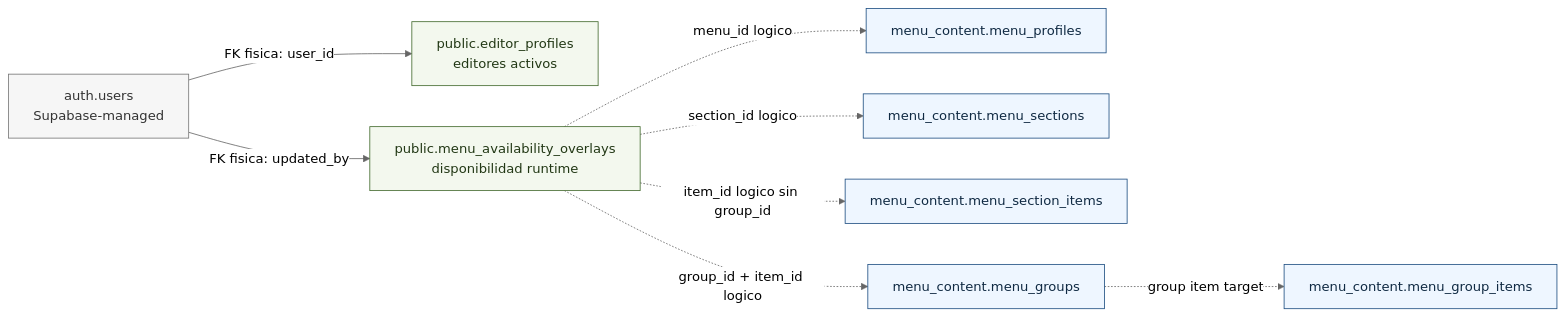
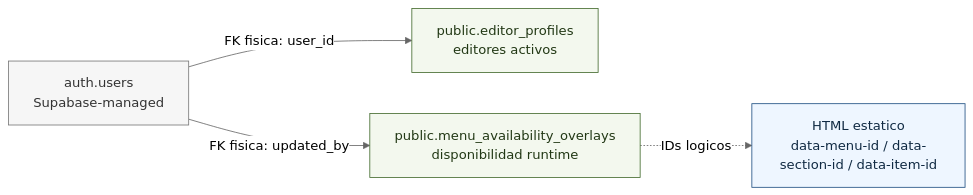
Before and after one commit to materamos/ElFaraonCatering: the third of 3 diagrams in docs/supabase/schema-diagram.md, drawn with Mermaid (neutral theme). The commit also changed other lines of this file and 13 other files, not shown here.

Commit message:
feat: flatten menu content model

````diff
--- a/docs/supabase/schema-diagram.md
+++ b/docs/supabase/schema-diagram.md
@@ -219,29 +155,20 @@
 ```mermaid
 flowchart LR
   AUTH_USERS["auth.users<br/>Supabase-managed"]
   EDITORS["public.editor_profiles<br/>editores activos"]
   OVERLAYS["public.menu_availability_overlays<br/>disponibilidad runtime"]
 
-  PROFILES["menu_content.menu_profiles"]
-  SECTIONS["menu_content.menu_sections"]
-  SECTION_ITEMS["menu_content.menu_section_items"]
-  GROUPS["menu_content.menu_groups"]
-  GROUP_ITEMS["menu_content.menu_group_items"]
+  STATIC["HTML estatico<br/>data-menu-id / data-section-id / data-item-id"]
 
   AUTH_USERS -->|"FK fisica: user_id"| EDITORS
   AUTH_USERS -->|"FK fisica: updated_by"| OVERLAYS
-
-  OVERLAYS -. "menu_id logico" .-> PROFILES
-  OVERLAYS -. "section_id logico" .-> SECTIONS
-  OVERLAYS -. "item_id logico sin group_id" .-> SECTION_ITEMS
-  OVERLAYS -. "group_id + item_id logico" .-> GROUPS
-  GROUPS -. "group item target" .-> GROUP_ITEMS
+  OVERLAYS -. "IDs logicos" .-> STATIC
 
   classDef runtime fill:#f3f8ee,stroke:#446b2f,color:#223815;
   classDef structural fill:#eef6ff,stroke:#1f4f82,color:#102a43;
   classDef platform fill:#f6f6f6,stroke:#777,color:#333;
 
   class EDITORS,OVERLAYS runtime;
-  class PROFILES,SECTIONS,SECTION_ITEMS,GROUPS,GROUP_ITEMS structural;
+  class STATIC structural;
   class AUTH_USERS platform;
 ```
````
